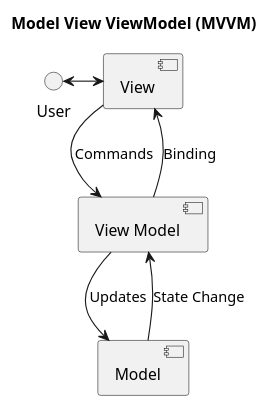
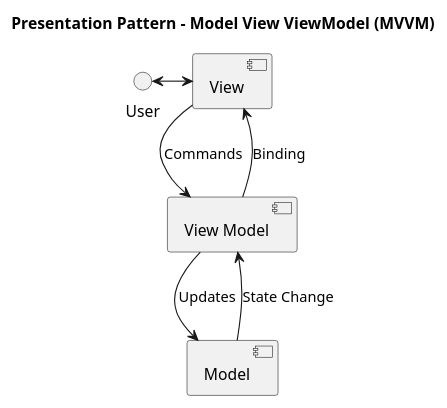
One commit to mwwhited-notes/shared changed the third of 3 diagrams in ArchitecturePatterns/PresentationPatterns.md. Above: the diagram before and after it, drawn with PlantUML. The commit also changed other lines of this file and 7 other files, not shown here.

Commit message:
update architectural patterns and add creational patterns

````diff
--- a/ArchitecturePatterns/PresentationPatterns.md
+++ b/ArchitecturePatterns/PresentationPatterns.md
@@ -44,18 +44,18 @@
 ```plantuml
-title: Model View ViewModel (MVVM)
+title: Presentation Pattern - Model View ViewModel (MVVM)
 
 () User
 
 [View]
 [View Model] as ViewModel
 [Model]
 
 User <-> View
 
 ViewModel --> View : Binding
 View --> ViewModel : Commands
 
 ViewModel --> Model : Updates
 Model --> ViewModel : State Change
 
 ```
````
